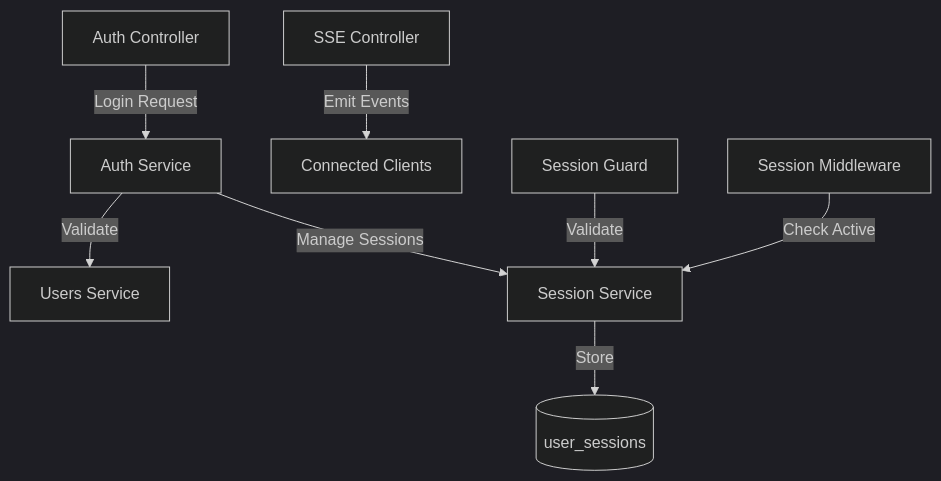
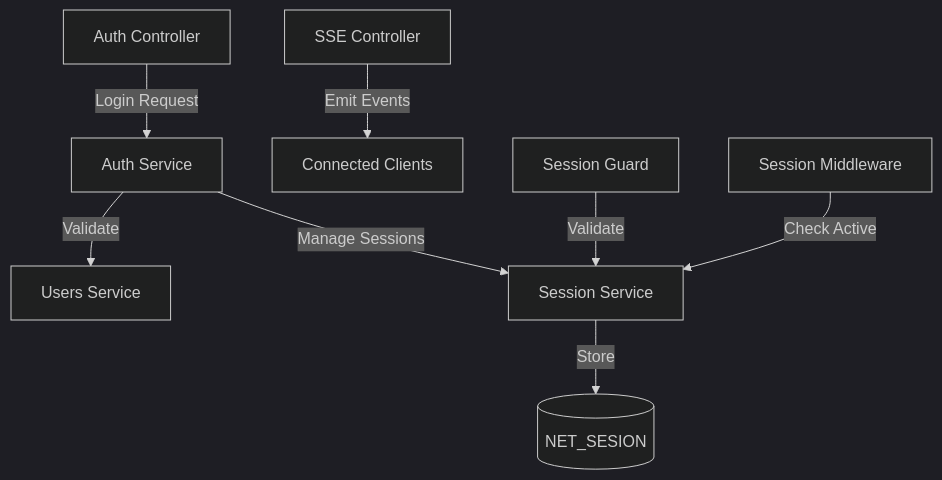
Before and after one commit to iamyare/INPRENET-main: the second of 5 diagrams in plan-implementacion-sso.md, drawn with Mermaid (dark theme). The commit also changed other lines of this file, not shown here.

Commit message:
Actualizar plan de implementación de SSO para usar la tabla NET_SESION y mejorar la gestión de sesiones

````diff
--- a/plan-implementacion-sso.md
+++ b/plan-implementacion-sso.md
@@ -42,10 +48,10 @@
 ```mermaid
 graph TD
     A[Auth Controller] -->|Login Request| B[Auth Service]
     B -->|Validate| C[Users Service]
     B -->|Manage Sessions| D[Session Service]
-    D -->|Store| E[(user_sessions)]
+    D -->|Store| E[(NET_SESION)]
     F[SSE Controller] -->|Emit Events| G[Connected Clients]
     H[Session Guard] -->|Validate| D
     I[Session Middleware] -->|Check Active| D
 ```
````
